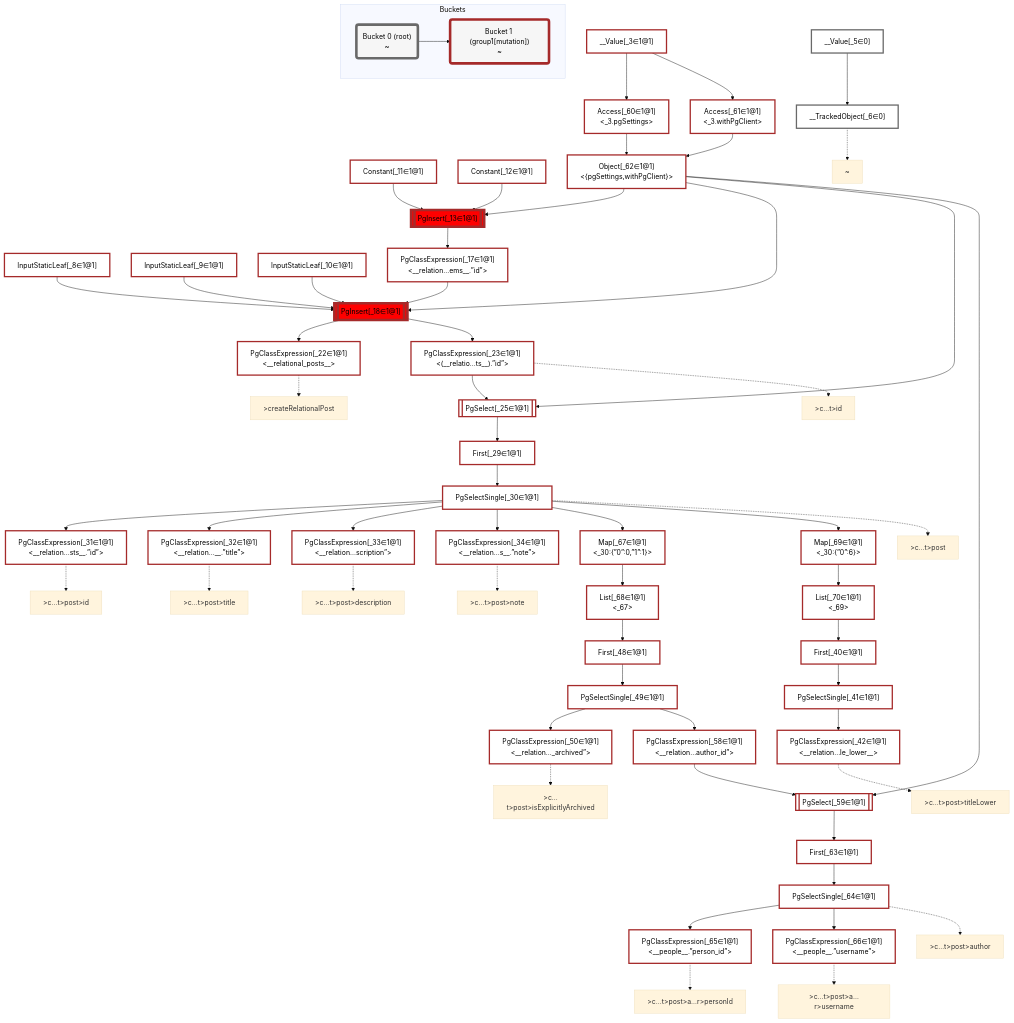
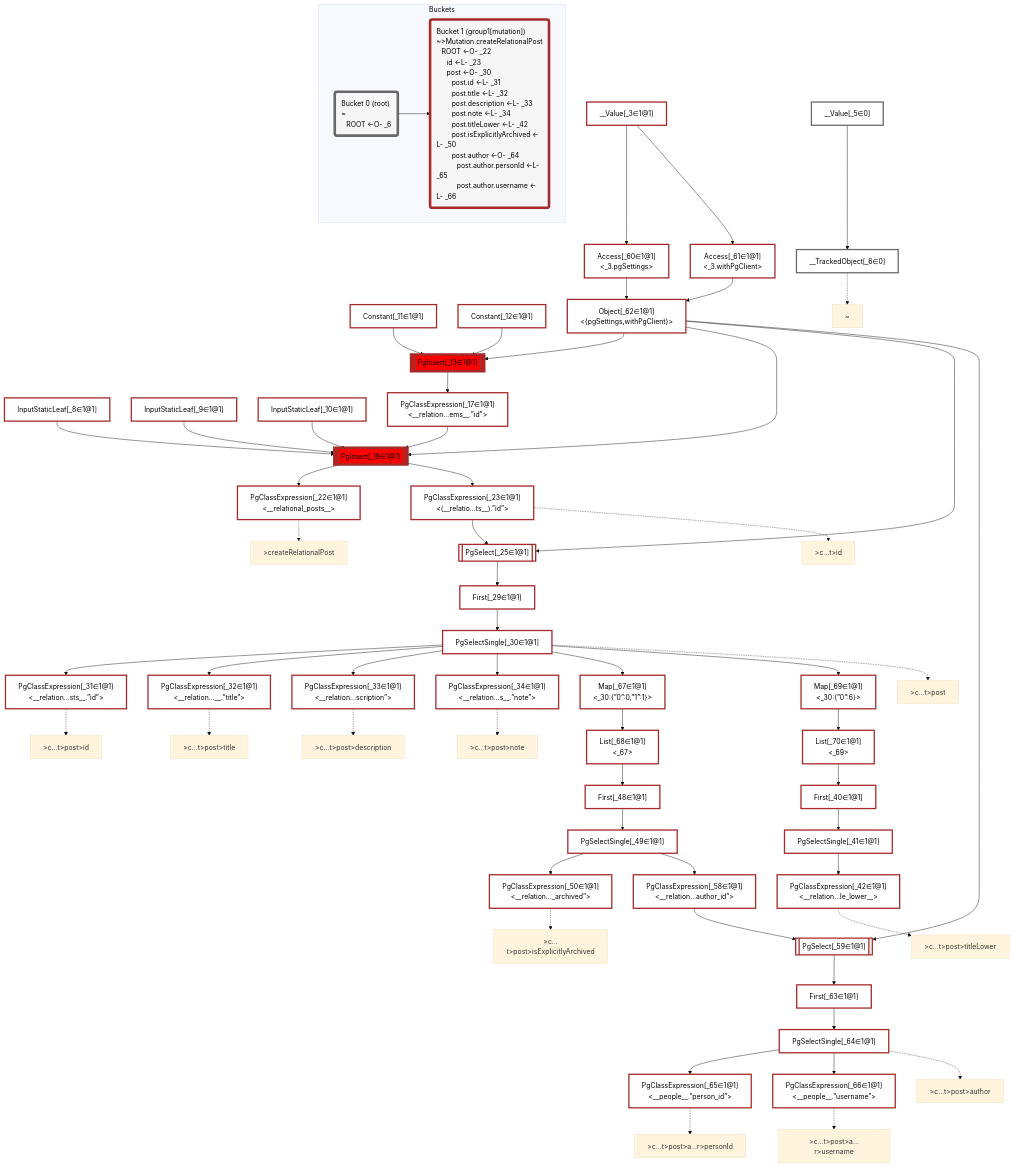
Before and after one commit to graphile/crystal: the diagram in packages/dataplan-pg/__tests__/mutations/basics/create-relational-post.deopt.mermaid.md, drawn with Mermaid (base theme). The commit also changed 195 other files, not shown here.

```diff
--- a/packages/dataplan-pg/__tests__/mutations/basics/create-relational-post.deopt.mermaid.md
+++ b/packages/dataplan-pg/__tests__/mutations/basics/create-relational-post.deopt.mermaid.md
@@ -4,7 +4,7 @@
     classDef plan fill:#fff,stroke-width:3px,color:#000
     classDef itemplan fill:#fff,stroke-width:6px,color:#000
     classDef sideeffectplan fill:#f00,stroke-width:6px,color:#000
-    classDef bucket fill:#f6f6f6,color:#000,stroke-width:6px
+    classDef bucket fill:#f6f6f6,color:#000,stroke-width:6px,text-align:left
 
 
     %% define plans
@@ -126,9 +126,9 @@
     class __Value_3,InputStaticLeaf_8,InputStaticLeaf_9,InputStaticLeaf_10,Constant_11,Constant_12,PgInsert_13,PgClassExpression_17,PgInsert_18,PgClassExpression_22,PgClassExpression_23,PgSelect_25,First_29,PgSelectSingle_30,PgClassExpression_31,PgClassExpression_32,PgClassExpression_33,PgClassExpression_34,First_40,PgSelectSingle_41,PgClassExpression_42,First_48,PgSelectSingle_49,PgClassExpression_50,PgClassExpression_58,PgSelect_59,Access_60,Access_61,Object_62,First_63,PgSelectSingle_64,PgClassExpression_65,PgClassExpression_66,Map_67,List_68,Map_69,List_70 bucket1
 
     subgraph Buckets
-    Bucket0("Bucket 0 (root)<br />~"):::bucket
+    Bucket0("Bucket 0 (root)<br />~<br />⠀ROOT <-O- _6"):::bucket
     style Bucket0 stroke:#696969
-    Bucket1("Bucket 1 (group1[mutation])<br />~"):::bucket
+    Bucket1("Bucket 1 (group1[mutation])<br />~>Mutation.createRelationalPost<br />⠀ROOT <-O- _22<br />⠀⠀id <-L- _23<br />⠀⠀post <-O- _30<br />⠀⠀⠀post.id <-L- _31<br />⠀⠀⠀post.title <-L- _32<br />⠀⠀⠀post.description <-L- _33<br />⠀⠀⠀post.note <-L- _34<br />⠀⠀⠀post.titleLower <-L- _42<br />⠀⠀⠀post.isExplicitlyArchived <-L- _50<br />⠀⠀⠀post.author <-O- _64<br />⠀⠀⠀⠀post.author.personId <-L- _65<br />⠀⠀⠀⠀post.author.username <-L- _66"):::bucket
     style Bucket1 stroke:#a52a2a
     Bucket0 --> Bucket1
     end
```
